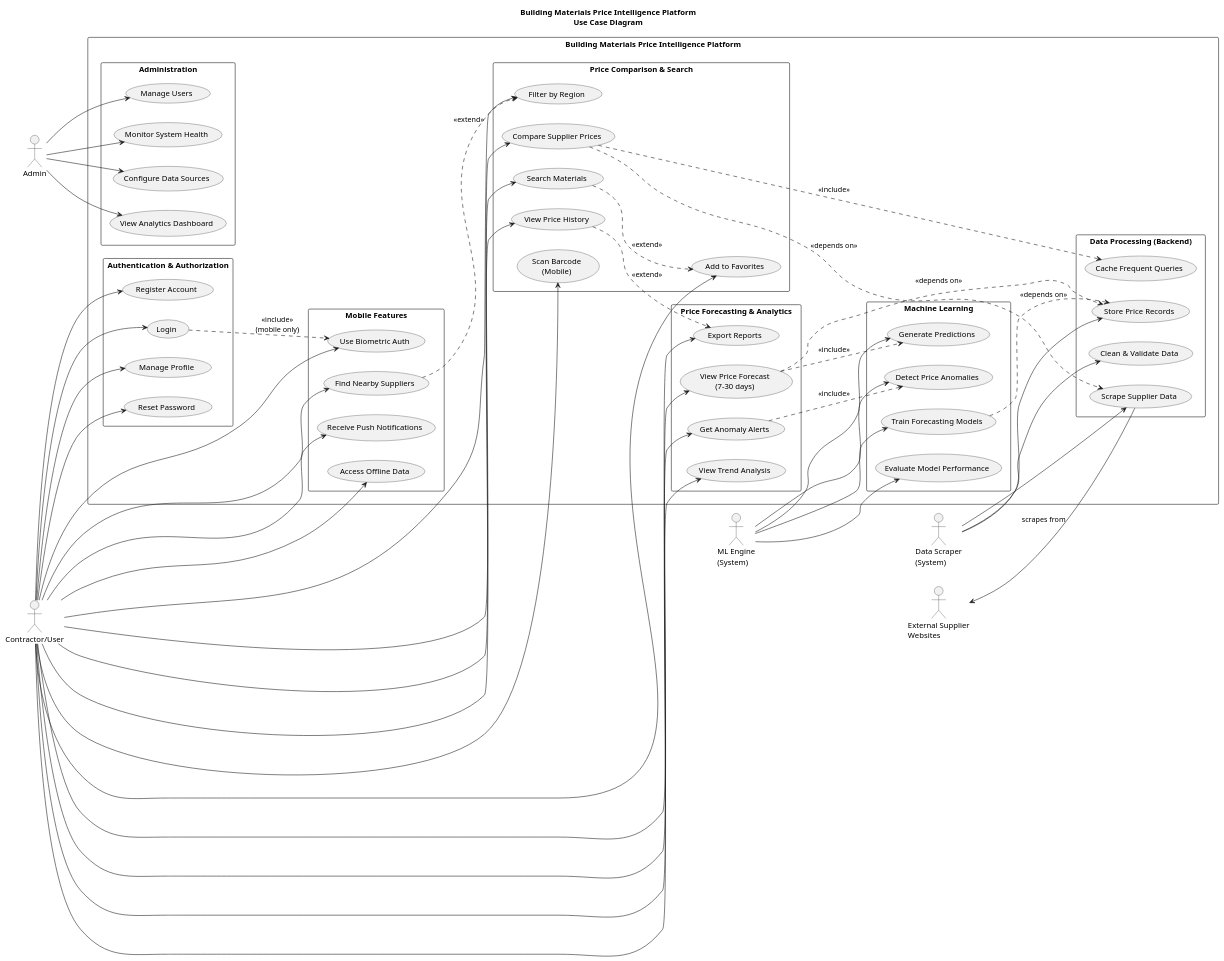
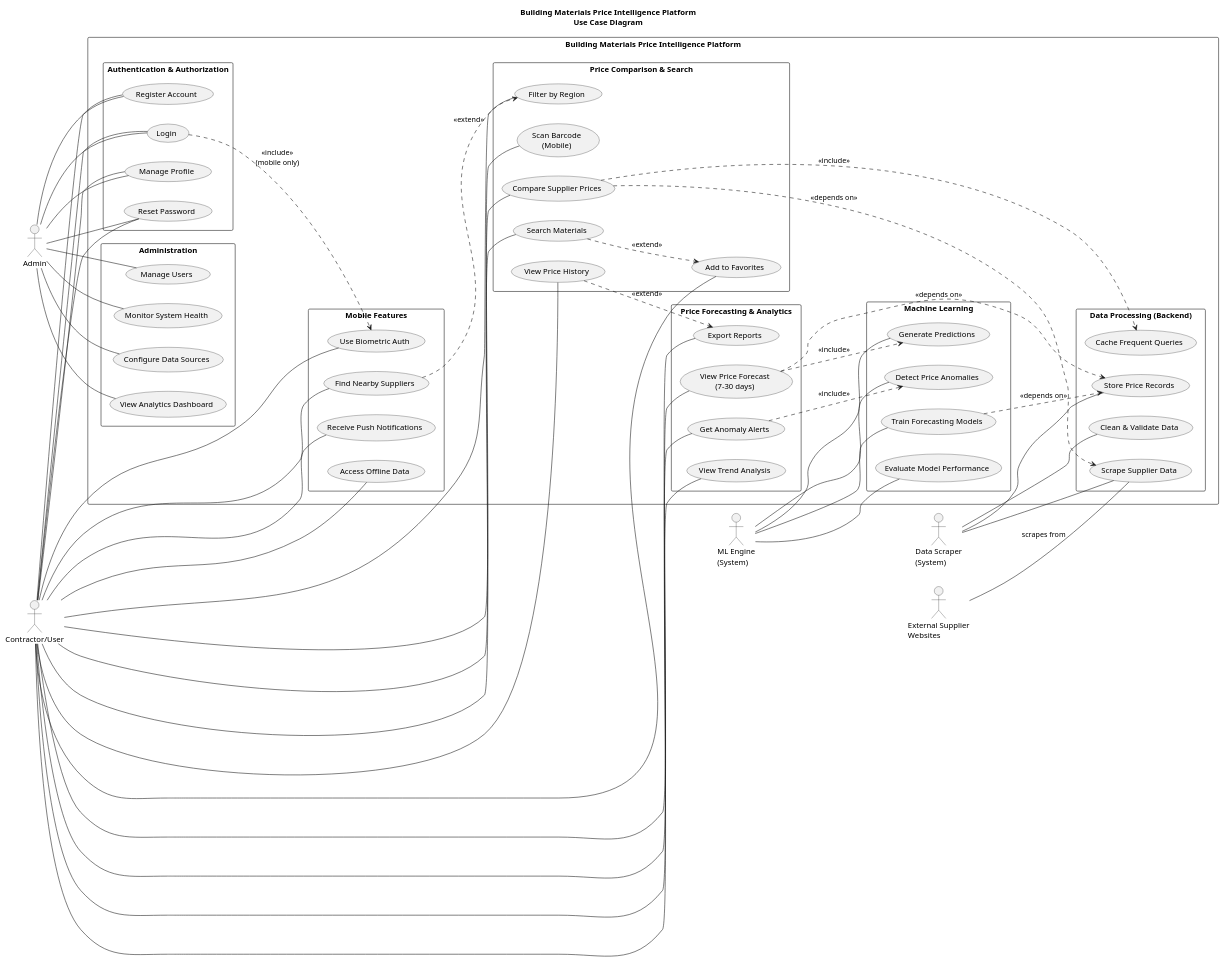
One commit to imperfectperson-max/build_material_guide changed the diagram in diagrams/use_case_diagram.puml. Above: the diagram before and after it, drawn with PlantUML. The commit also changed 8 other files, not shown here.

Commit message:
Roadmap and diagram improvements

```diff
--- a/diagrams/use_case_diagram.puml
+++ b/diagrams/use_case_diagram.puml
@@ -1,131 +1,135 @@
 @startuml
 skinparam packageStyle rectangle
 
 title Building Materials Price Intelligence Platform\nUse Case Diagram
 
 left to right direction
 
 ' Actors
 actor "Contractor/User" as User
 actor "Admin" as Admin
 actor "Data Scraper\n(System)" as Scraper
 actor "ML Engine\n(System)" as MLEngine
 actor "External Supplier\nWebsites" as Supplier
 
 ' System Boundary
 rectangle "Building Materials Price Intelligence Platform" {
     
     ' Authentication Use Cases
     package "Authentication & Authorization" {
         usecase "Register Account" as UC1
         usecase "Login" as UC2
         usecase "Manage Profile" as UC3
         usecase "Reset Password" as UC4
     }
     
     ' Price Comparison Use Cases
     package "Price Comparison & Search" {
         usecase "Search Materials" as UC5
         usecase "Compare Supplier Prices" as UC6
         usecase "View Price History" as UC7
         usecase "Filter by Region" as UC8
         usecase "Add to Favorites" as UC9
         usecase "Scan Barcode\n(Mobile)" as UC10
     }
     
     ' Price Forecasting Use Cases
     package "Price Forecasting & Analytics" {
         usecase "View Price Forecast\n(7-30 days)" as UC11
         usecase "Get Anomaly Alerts" as UC12
         usecase "View Trend Analysis" as UC13
         usecase "Export Reports" as UC14
     }
     
     ' Mobile Specific Use Cases
     package "Mobile Features" {
         usecase "Find Nearby Suppliers" as UC15
         usecase "Receive Push Notifications" as UC16
         usecase "Access Offline Data" as UC17
         usecase "Use Biometric Auth" as UC18
     }
     
     ' Admin Use Cases
     package "Administration" {
         usecase "Manage Users" as UC19
         usecase "Monitor System Health" as UC20
         usecase "Configure Data Sources" as UC21
         usecase "View Analytics Dashboard" as UC22
     }
     
     ' Backend/System Use Cases
     package "Data Processing (Backend)" {
         usecase "Scrape Supplier Data" as UC23
         usecase "Clean & Validate Data" as UC24
         usecase "Store Price Records" as UC25
         usecase "Cache Frequent Queries" as UC26
     }
     
     ' ML Use Cases
     package "Machine Learning" {
         usecase "Train Forecasting Models" as UC27
         usecase "Generate Predictions" as UC28
         usecase "Detect Price Anomalies" as UC29
         usecase "Evaluate Model Performance" as UC30
     }
 }
 
 ' User Relationships
-User --> UC1
-User --> UC2
-User --> UC3
-User --> UC4
-User --> UC5
-User --> UC6
-User --> UC7
-User --> UC8
-User --> UC9
-User --> UC10
-User --> UC11
-User --> UC12
-User --> UC13
-User --> UC14
-User --> UC15
-User --> UC16
-User --> UC17
-User --> UC18
+User -- UC1
+User -- UC2
+User -- UC3
+User -- UC4
+User -- UC5
+User -- UC6
+User -- UC7
+User -- UC8
+User -- UC9
+User -- UC10
+User -- UC11
+User -- UC12
+User -- UC13
+User -- UC14
+User -- UC15
+User -- UC16
+User -- UC17
+User -- UC18
 
 ' Admin Relationships
-Admin --> UC19
-Admin --> UC20
-Admin --> UC21
-Admin --> UC22
+Admin -- UC1
+Admin -- UC2
+Admin -- UC3
+Admin -- UC4
+Admin -- UC19
+Admin -- UC20
+Admin -- UC21
+Admin -- UC22
 
 ' System Actor Relationships
-Scraper --> UC23
-Scraper --> UC24
-Scraper --> UC25
-Supplier <-- UC23 : scrapes from
+Scraper -- UC23
+Scraper -- UC24
+Scraper -- UC25
+Supplier -- UC23 : scrapes from
 
 ' ML Engine Relationships
-MLEngine --> UC27
-MLEngine --> UC28
-MLEngine --> UC29
-MLEngine --> UC30
+MLEngine -- UC27
+MLEngine -- UC28
+MLEngine -- UC29
+MLEngine -- UC30
 
 ' Include Relationships
 UC2 ..> UC18 : <<include>>\n(mobile only)
 UC6 ..> UC26 : <<include>>
 UC11 ..> UC28 : <<include>>
 UC12 ..> UC29 : <<include>>
 UC15 ..> UC8 : <<extend>>
 
 ' Extend Relationships
 UC5 ..> UC9 : <<extend>>
 UC7 ..> UC14 : <<extend>>
 
 ' Dependencies
 UC11 ..> UC25 : <<depends on>>
 UC27 ..> UC25 : <<depends on>>
 UC6 ..> UC23 : <<depends on>>
 
 @enduml
```
